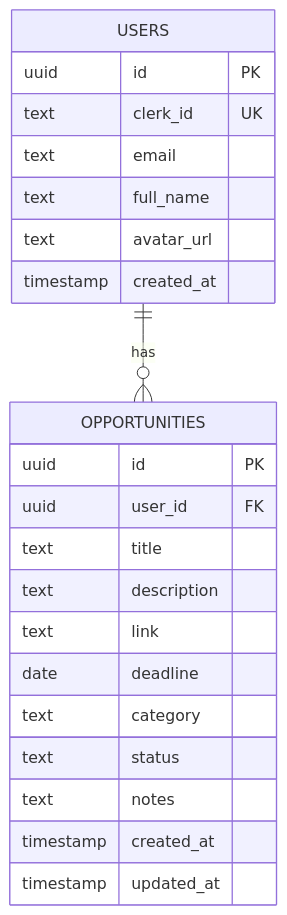
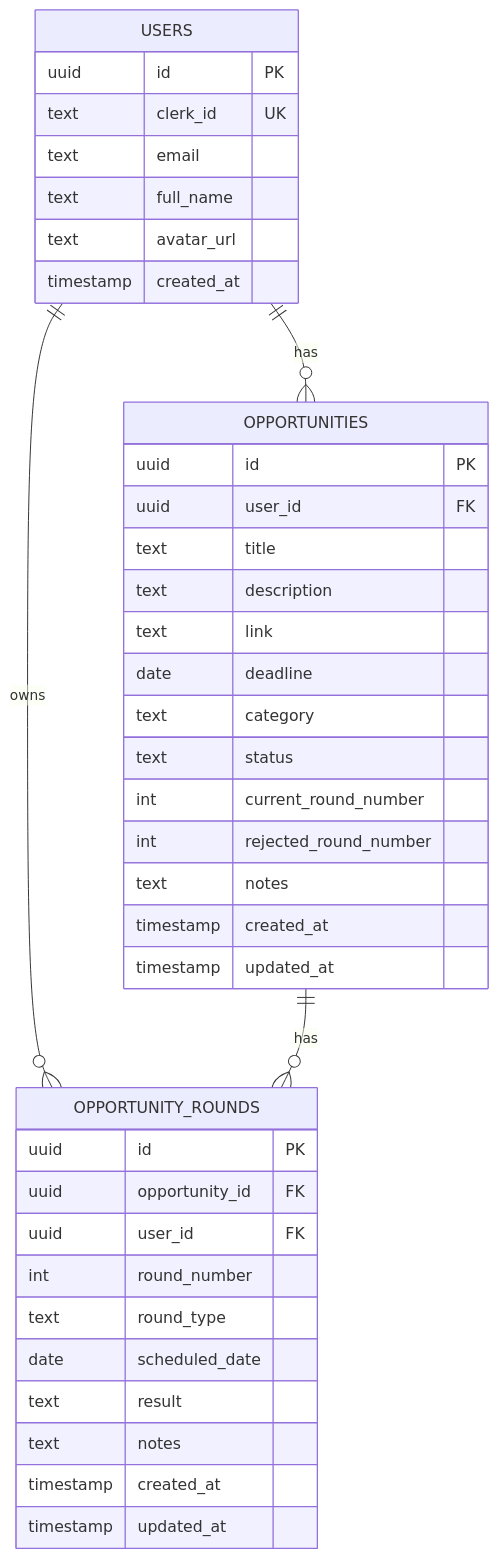
Before and after one commit to Dev1822/FutureStack: the sixth of 6 diagrams in docs/DOCUMENTATION.md, drawn with Mermaid. The commit also changed other lines of this file and 5 other files, not shown here.

First line of the commit message:
Add interview rounds schema migration and documentation.

````diff
--- a/docs/DOCUMENTATION.md
+++ b/docs/DOCUMENTATION.md
@@ -271,27 +271,44 @@
 ```mermaid
 erDiagram
     USERS ||--o{ OPPORTUNITIES : has
+    USERS ||--o{ OPPORTUNITY_ROUNDS : owns
+    OPPORTUNITIES ||--o{ OPPORTUNITY_ROUNDS : has
     
     USERS {
         uuid id PK
         text clerk_id UK
         text email
         text full_name
         text avatar_url
         timestamp created_at
     }
     
     OPPORTUNITIES {
         uuid id PK
         uuid user_id FK
         text title
         text description
         text link
         date deadline
         text category
         text status
+        int current_round_number
+        int rejected_round_number
+        text notes
+        timestamp created_at
+        timestamp updated_at
+    }
+
+    OPPORTUNITY_ROUNDS {
+        uuid id PK
+        uuid opportunity_id FK
+        uuid user_id FK
+        int round_number
+        text round_type
+        date scheduled_date
+        text result
         text notes
         timestamp created_at
         timestamp updated_at
     }
 ```
````
